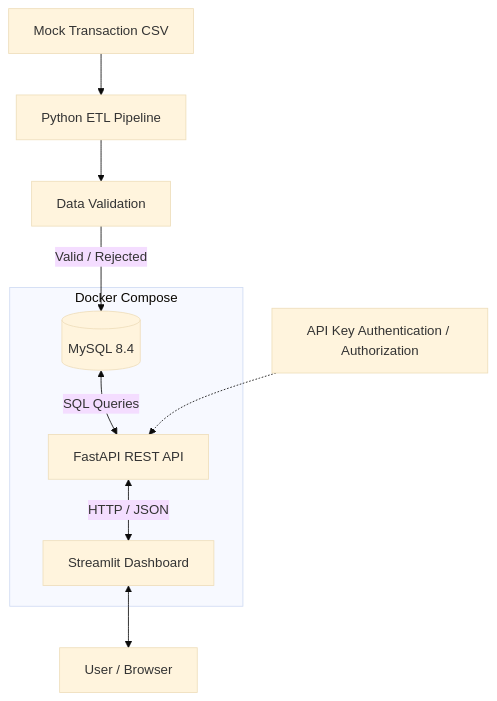
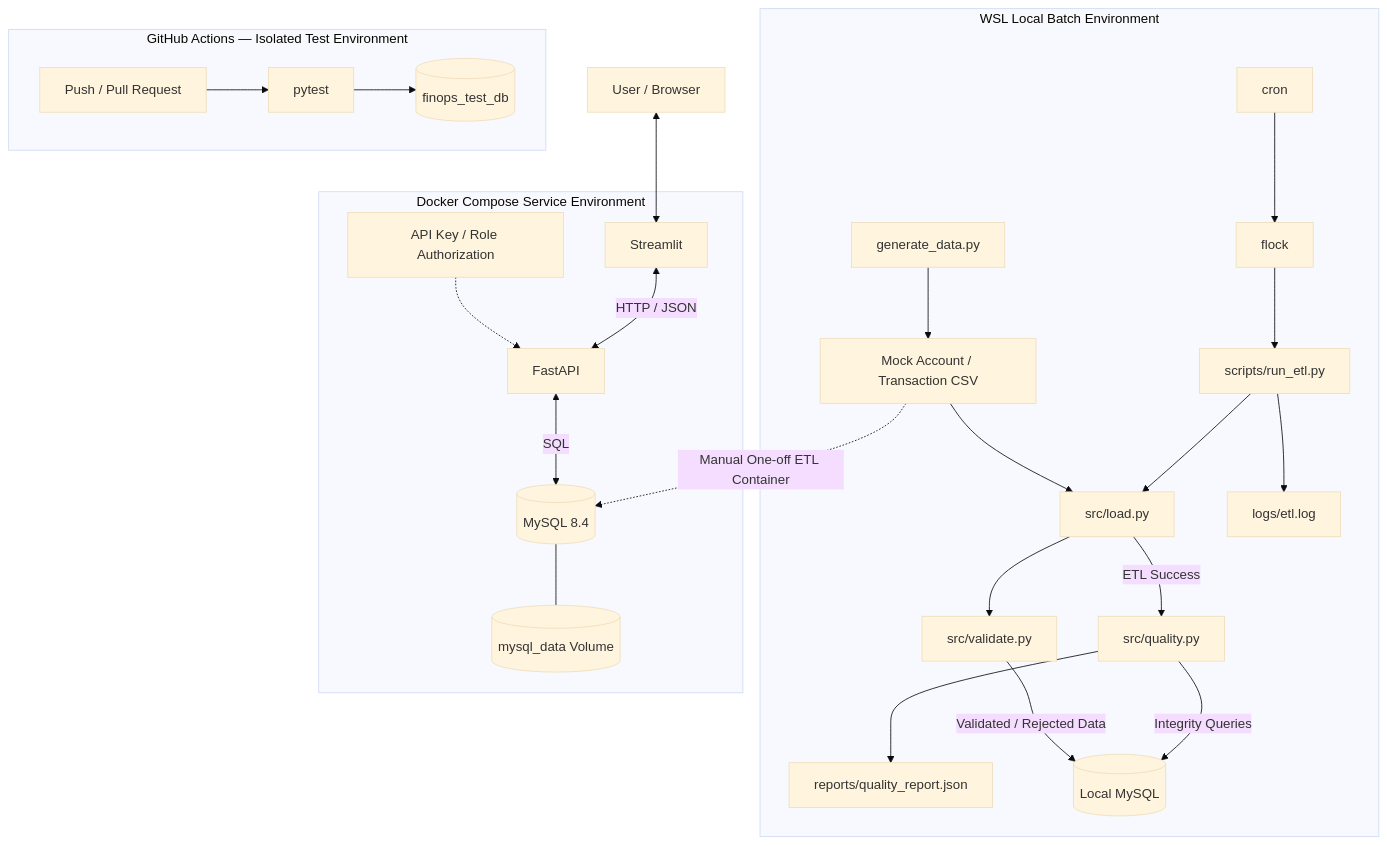
One commit to cnasuno/finops-data-platform changed the first of 4 diagrams in docs/architecture.md. Above: the diagram before and after it, drawn with Mermaid (base theme). The commit also changed other lines of this file and 4 other files, not shown here.

````diff
--- a/docs/architecture.md
+++ b/docs/architecture.md
@@ -19,26 +19,33 @@
 ```mermaid
 flowchart TD
-    CSV["Mock Transaction CSV"]
-    ETL["Python ETL Pipeline"]
-    VALID["Data Validation"]
-    MYSQL[("MySQL 8.4")]
-    API["FastAPI REST API"]
-    AUTH["API Key Authentication / Authorization"]
-    DASH["Streamlit Dashboard"]
-    USER["User / Browser"]
-
-    CSV --> ETL
-    ETL --> VALID
-    VALID -->|"Valid / Rejected"| MYSQL
-
-    MYSQL <-->|"SQL Queries"| API
-    AUTH -.-> API
-    API <-->|"HTTP / JSON"| DASH
-    DASH <--> USER
-
-    subgraph DOCKER["Docker Compose"]
-        MYSQL
-        API
-        DASH
+    subgraph HOST["WSL Local Batch Environment"]
+        GEN["generate_data.py"] --> CSV["Mock Account / Transaction CSV"]
+        CRON["cron"] --> LOCK["flock"] --> RUN["scripts/run_etl.py"]
+        CSV --> LOAD["src/load.py"]
+        RUN --> LOAD
+        LOAD --> VALID["src/validate.py"]
+        LOAD -->|"ETL Success"| QUALITY["src/quality.py"]
+        RUN --> LOG["logs/etl.log"]
+        QUALITY --> REPORT["reports/quality_report.json"]
+        DBLOCAL[("Local MySQL")]
+        VALID -->|"Validated / Rejected Data"| DBLOCAL
+        QUALITY -->|"Integrity Queries"| DBLOCAL
+    end
+    subgraph DOCKER["Docker Compose Service Environment"]
+        DB[("MySQL 8.4")]
+        VOL[("mysql_data Volume")]
+        API["FastAPI"]
+        AUTH["API Key / Role Authorization"]
+        DASH["Streamlit"]
+        DB --- VOL
+        API <-->|"SQL"| DB
+        AUTH -.-> API
+        DASH <-->|"HTTP / JSON"| API
+    end
+    USER["User / Browser"] <--> DASH
+    CSV -.->|"Manual One-off ETL Container"| DB
+    subgraph CI["GitHub Actions — Isolated Test Environment"]
+        PUSH["Push / Pull Request"] --> TEST["pytest"]
+        TEST --> TESTDB[("finops_test_db")]
     end
 ```
````
